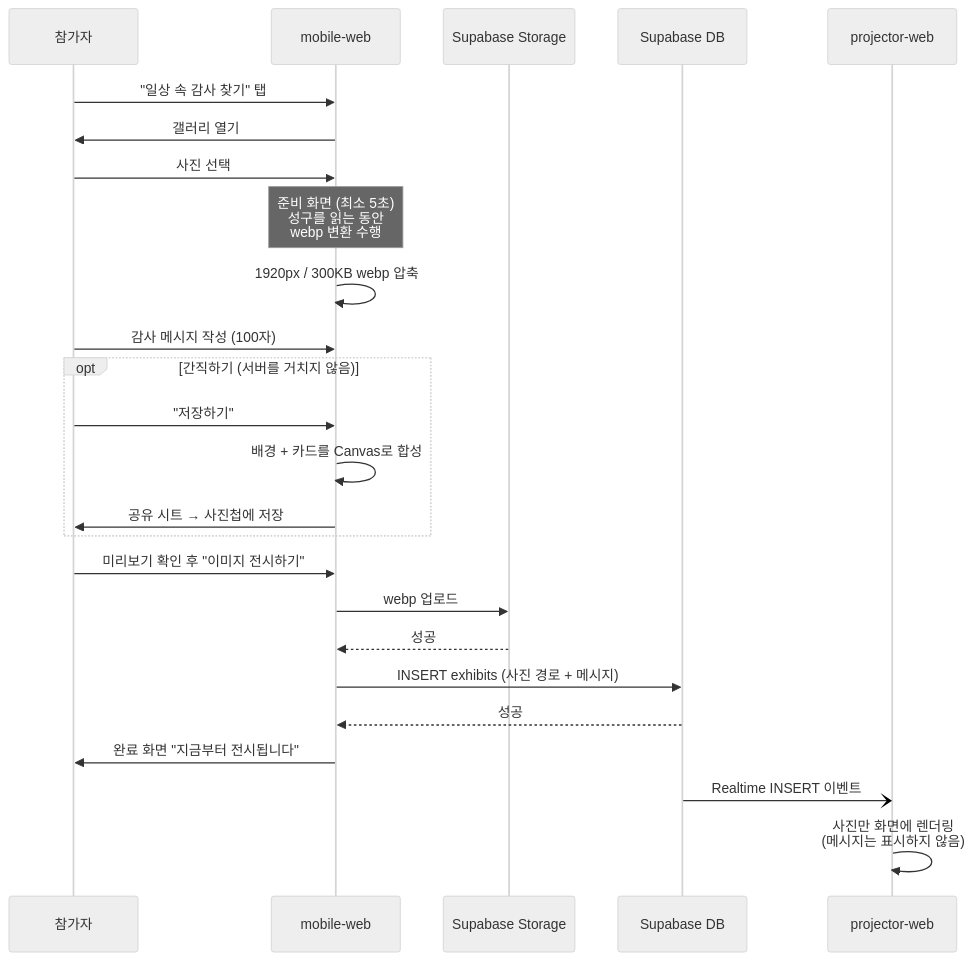
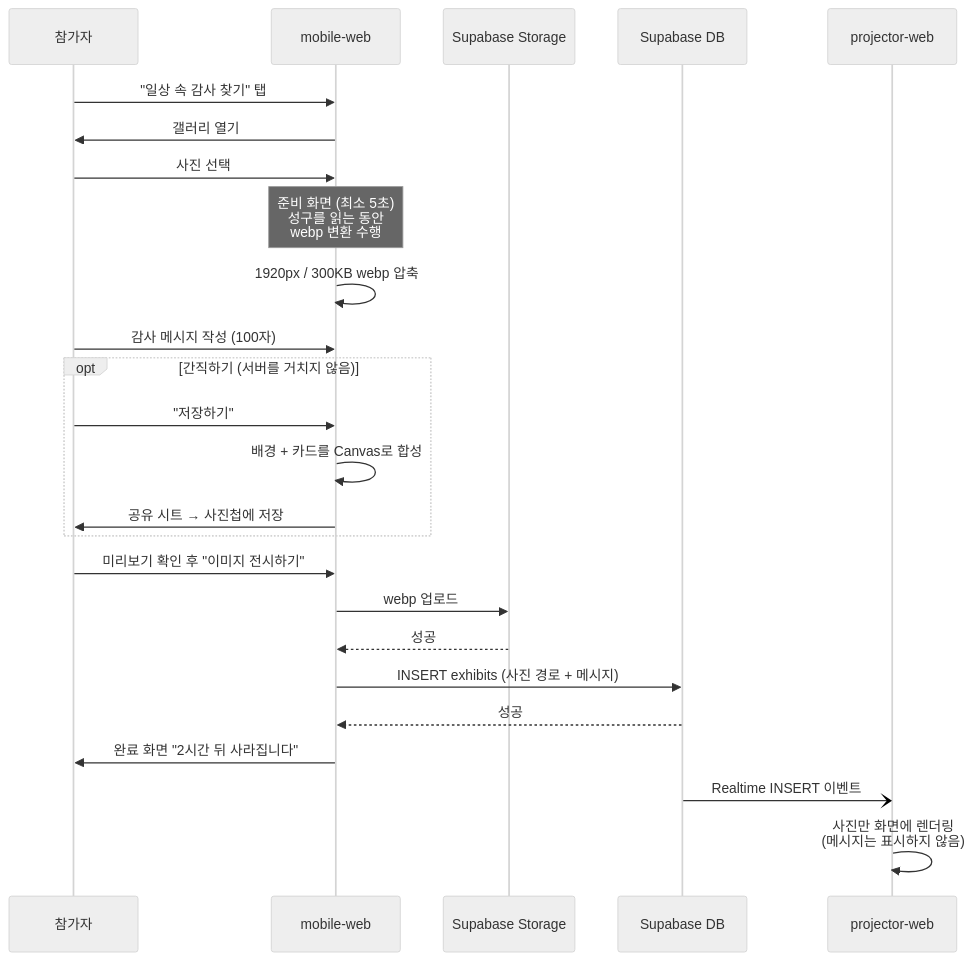
Before and after one commit to kingkiboots/glimpse-of-epiphany: the second of 5 diagrams in README.md, drawn with Mermaid (neutral theme). The commit also changed other lines of this file and 11 other files, not shown here.

````diff
--- a/README.md
+++ b/README.md
@@ -116,34 +118,34 @@
 ```mermaid
 sequenceDiagram
     participant U as 참가자
     participant M as mobile-web
     participant S as Supabase Storage
     participant D as Supabase DB
     participant P as projector-web
 
     U->>M: "일상 속 감사 찾기" 탭
     M->>U: 갤러리 열기
     U->>M: 사진 선택
 
     Note over M: 준비 화면 (최소 5초)<br/>성구를 읽는 동안<br/>webp 변환 수행
     M->>M: 1920px / 300KB webp 압축
 
     U->>M: 감사 메시지 작성 (100자)
 
     opt 간직하기 (서버를 거치지 않음)
         U->>M: "저장하기"
         M->>M: 배경 + 카드를 Canvas로 합성
         M->>U: 공유 시트 → 사진첩에 저장
     end
 
     U->>M: 미리보기 확인 후 "이미지 전시하기"
 
     M->>S: webp 업로드
     S-->>M: 성공
     M->>D: INSERT exhibits (사진 경로 + 메시지)
     D-->>M: 성공
-    M->>U: 완료 화면 "지금부터 전시됩니다"
+    M->>U: 완료 화면 "2시간 뒤 사라집니다"
 
     D-)P: Realtime INSERT 이벤트
     P->>P: 사진만 화면에 렌더링<br/>(메시지는 표시하지 않음)
 ```
````
